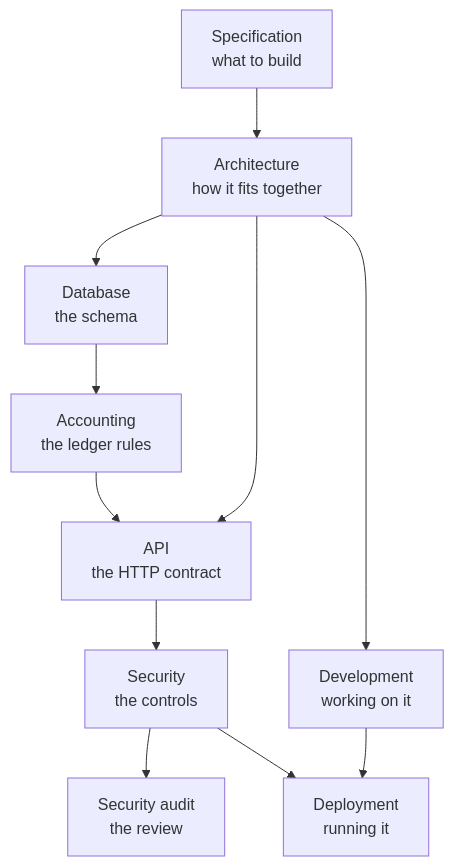
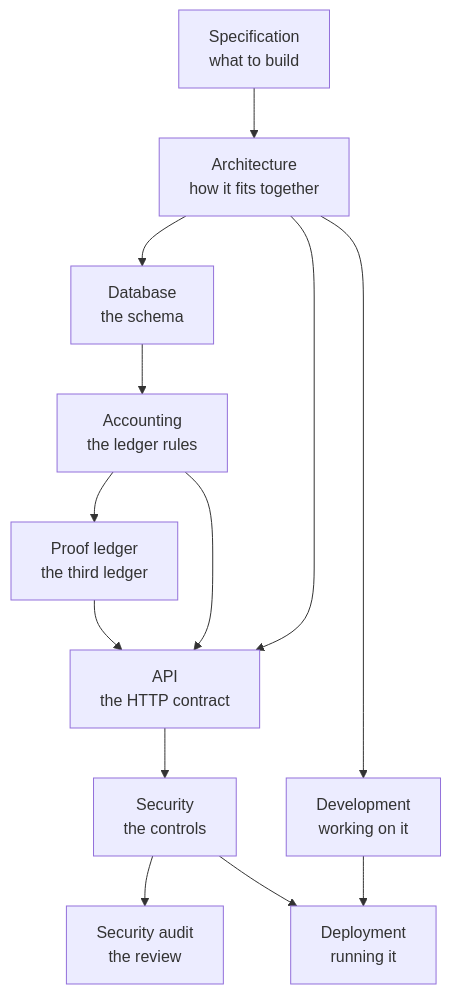
Before and after one commit to Madhur-Prakash/Stellar-ERP: the diagram in docs/README.md, drawn with Mermaid. The commit also changed other lines of this file and 12 other files, not shown here.

````diff
--- a/docs/README.md
+++ b/docs/README.md
@@ -56,23 +59,26 @@
 ```mermaid
 graph TD
     spec[Specification<br/>what to build]
     arch[Architecture<br/>how it fits together]
     db[Database<br/>the schema]
     acct[Accounting<br/>the ledger rules]
+    proof[Proof ledger<br/>the third ledger]
     api[API<br/>the HTTP contract]
     sec[Security<br/>the controls]
     audit[Security audit<br/>the review]
     dev[Development<br/>working on it]
     deploy[Deployment<br/>running it]
 
     spec --> arch
     arch --> db
     arch --> api
     db --> acct
+    acct --> proof
     acct --> api
+    proof --> api
     api --> sec
     sec --> audit
     arch --> dev
     dev --> deploy
     sec --> deploy
 ```
````
